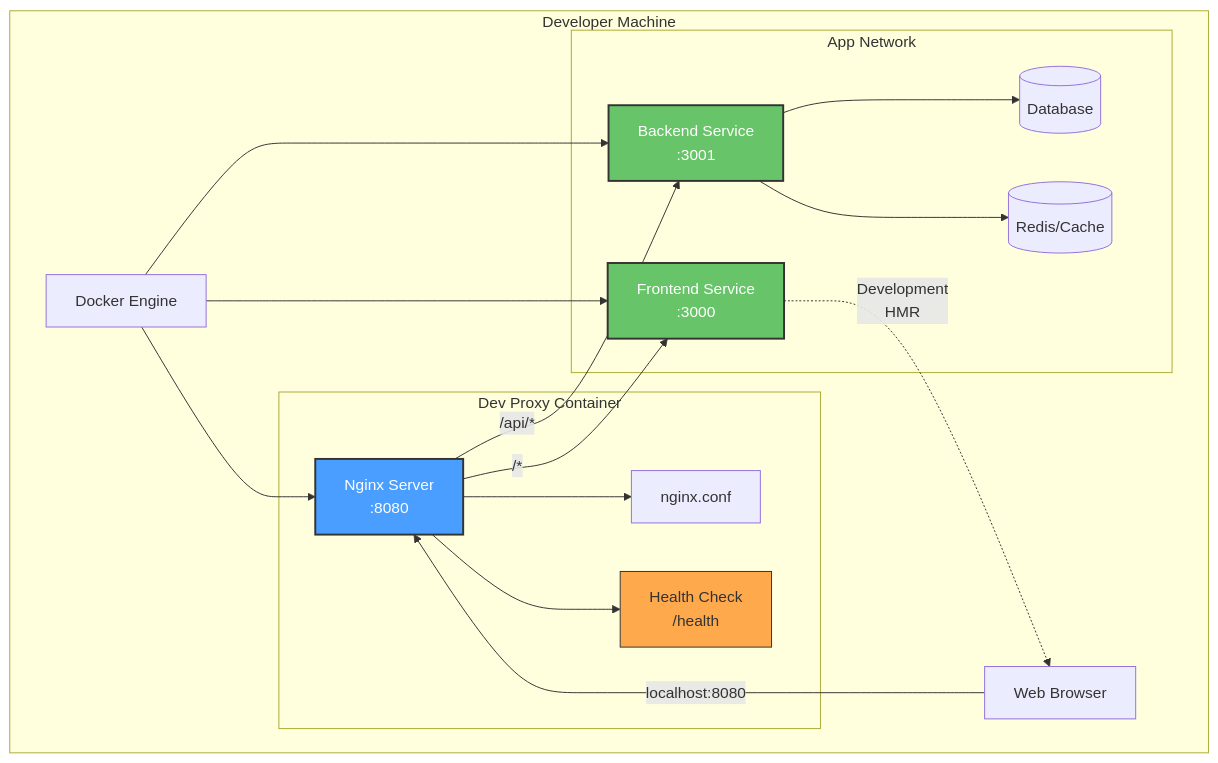
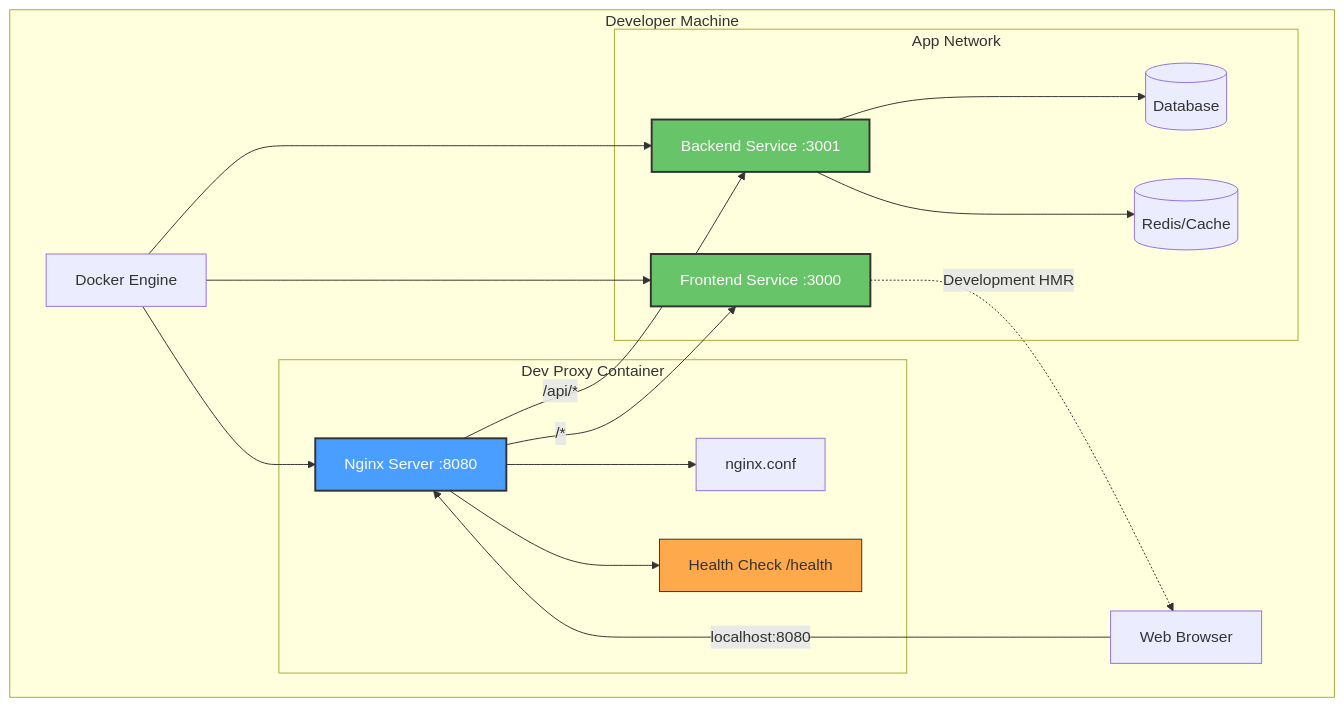
One commit to softwarewrighter/dev-proxy changed the first of 9 diagrams in wiki/Architecture.md. Above: the diagram before and after it, drawn with Mermaid. The commit also changed other lines of this file and 6 other files, not shown here.

First line of the commit message:
Fix wiki Mermaid diagrams: remove <br/> tags

````diff
--- a/wiki/Architecture.md
+++ b/wiki/Architecture.md
@@ -27,38 +27,38 @@
 ```mermaid
 graph TB
     subgraph "Developer Machine"
         Browser[Web Browser]
         Docker[Docker Engine]
 
         subgraph "Dev Proxy Container"
-            Nginx[Nginx Server<br/>:8080]
+            Nginx[Nginx Server :8080]
             Config[nginx.conf]
-            Health[Health Check<br/>/health]
+            Health[Health Check /health]
             Nginx --> Config
             Nginx --> Health
         end
 
         subgraph "App Network"
-            Backend[Backend Service<br/>:3001]
-            Frontend[Frontend Service<br/>:3000]
+            Backend[Backend Service :3001]
+            Frontend[Frontend Service :3000]
             Database[(Database)]
             Cache[(Redis/Cache)]
         end
 
         Browser -->|localhost:8080| Nginx
         Nginx -->|/api/*| Backend
         Nginx -->|/*| Frontend
         Backend --> Database
         Backend --> Cache
-        Frontend -.->|Development<br/>HMR| Browser
+        Frontend -.->|Development HMR| Browser
 
         Docker --> Nginx
         Docker --> Backend
         Docker --> Frontend
     end
 
     style Nginx fill:#4a9eff,stroke:#333,stroke-width:2px,color:#fff
     style Backend fill:#68c468,stroke:#333,stroke-width:2px,color:#fff
     style Frontend fill:#68c468,stroke:#333,stroke-width:2px,color:#fff
     style Health fill:#ffa94d,stroke:#333,stroke-width:1px
 ```
````
